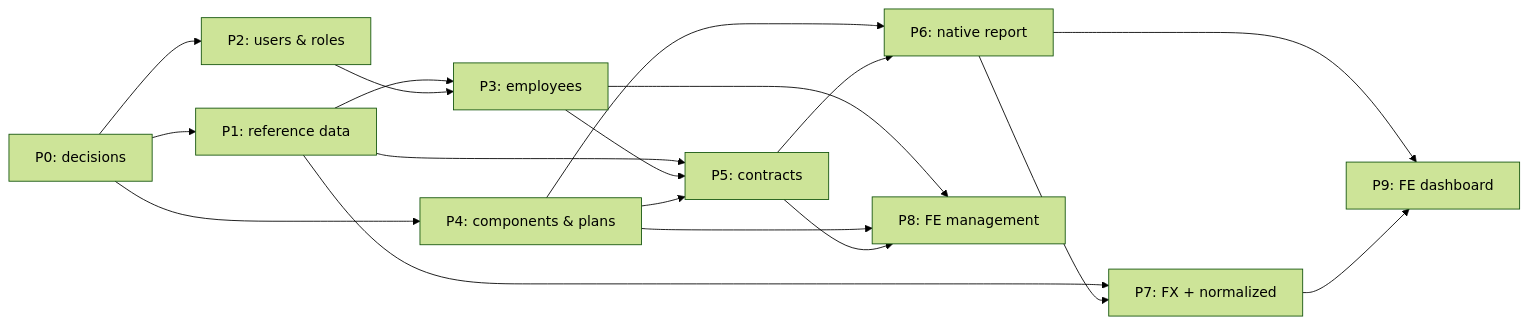
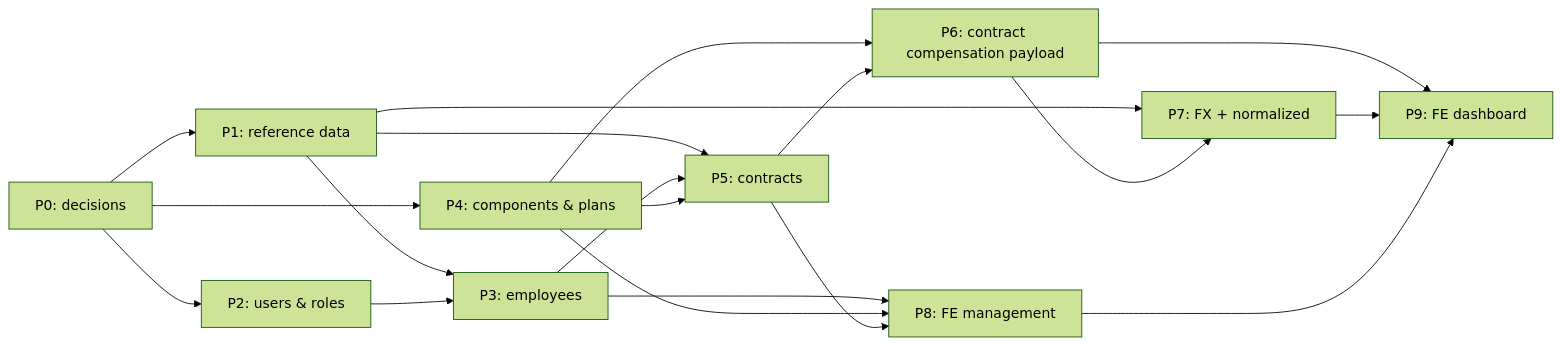
The diagram in docs/IMPLEMENTATION-PLAN.md (senbinil/salary-manager), drawn with Mermaid (forest theme) before and after one commit. The commit also changed other lines of this file and 3 other files, not shown here.

````diff
--- a/docs/IMPLEMENTATION-PLAN.md
+++ b/docs/IMPLEMENTATION-PLAN.md
@@ -29,21 +29,21 @@
 ```mermaid
 flowchart LR
     P0[P0: decisions]
     P1[P1: reference data]
     P2[P2: users & roles]
     P3[P3: employees]
     P4[P4: components & plans]
     P5[P5: contracts]
-    P6[P6: native report]
+    P6[P6: contract compensation payload]
     P7[P7: FX + normalized]
     P8[P8: FE management]
     P9[P9: FE dashboard]
 
     P0 --> P1 & P2 & P4
     P1 & P2 --> P3
     P1 & P3 & P4 --> P5
     P4 & P5 --> P6
     P1 & P6 --> P7
     P3 & P4 & P5 --> P8
-    P6 & P7 --> P9
+    P6 & P7 & P8 --> P9
 ```
````
